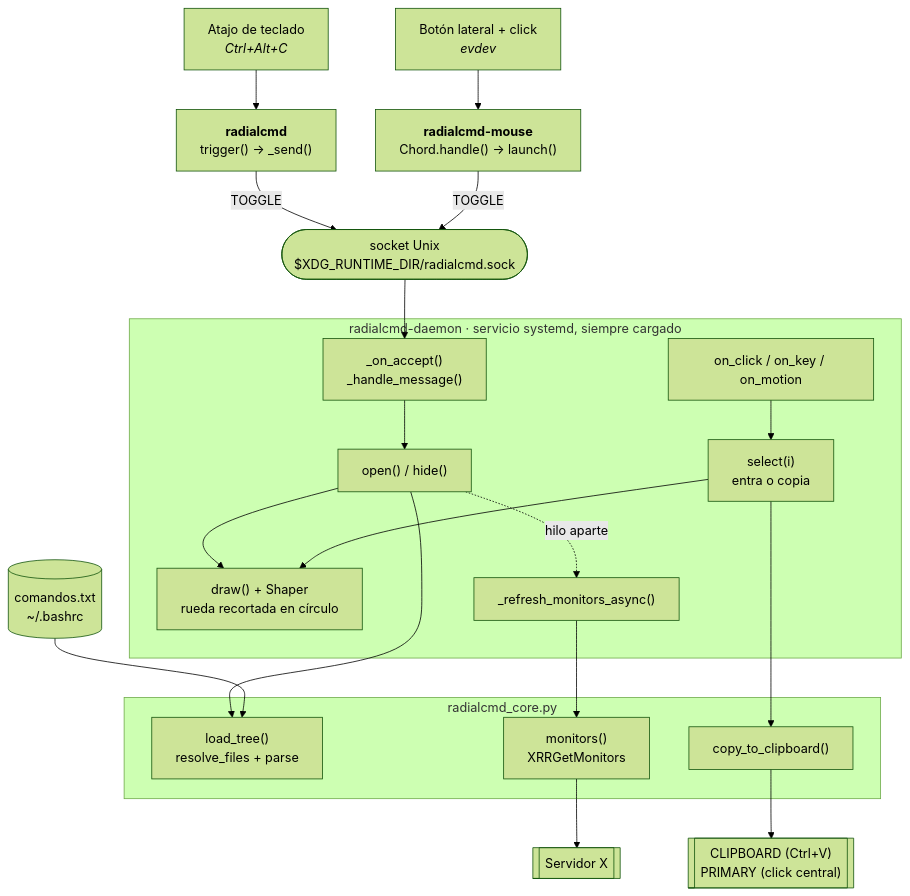
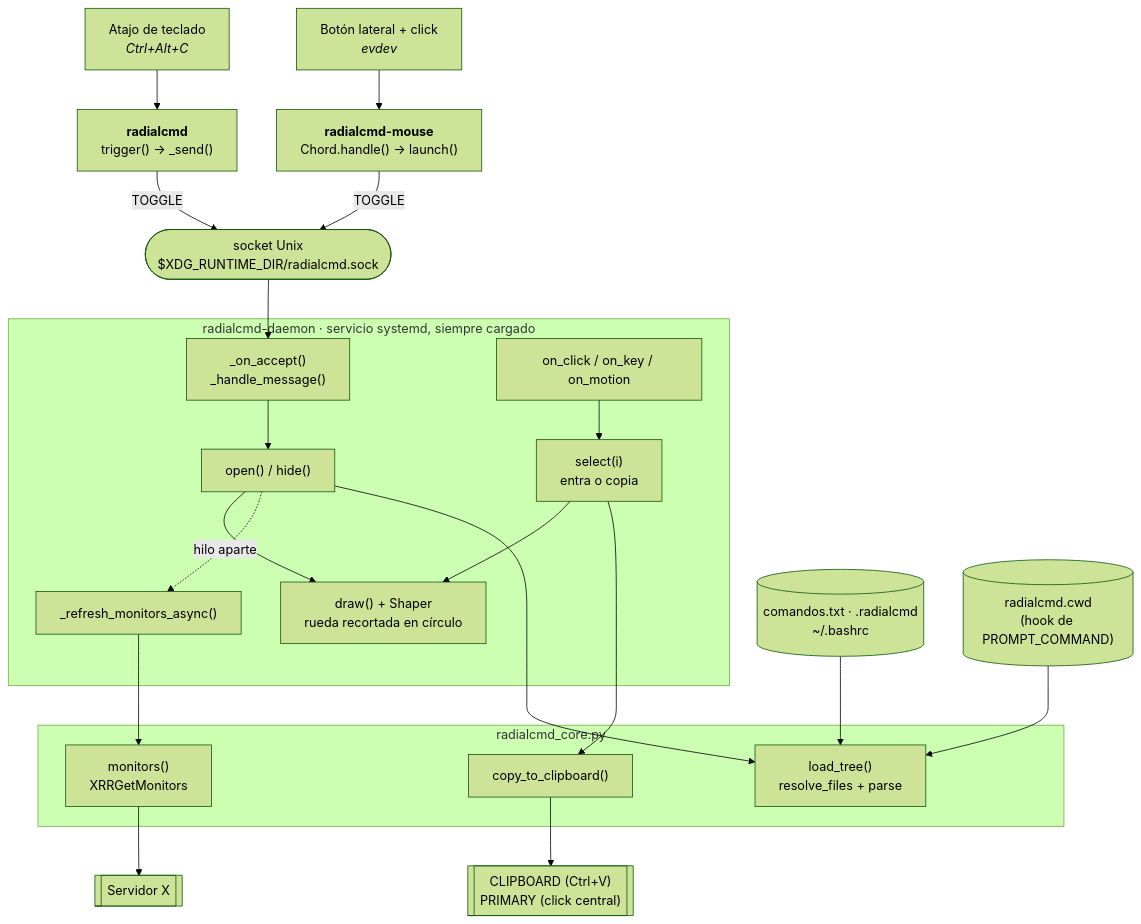
Before and after one commit to danicannt/radial-cmd: the diagram in README.md, drawn with Mermaid (forest theme). The commit also changed other lines of this file and 8 other files, not shown here.

````diff
--- a/README.md
+++ b/README.md
@@ -123,29 +172,30 @@
 ```mermaid
 flowchart TB
     kb["Atajo de teclado<br/><i>Ctrl+Alt+C</i>"] --> cli["<b>radialcmd</b><br/>trigger() → _send()"]
     mouse["Botón lateral + click<br/><i>evdev</i>"] --> rm["<b>radialcmd-mouse</b><br/>Chord.handle() → launch()"]
     cli -- TOGGLE --> sock(["socket Unix<br/>$XDG_RUNTIME_DIR/radialcmd.sock"])
     rm -- TOGGLE --> sock
 
     subgraph daemon["radialcmd-daemon · servicio systemd, siempre cargado"]
         accept["_on_accept()<br/>_handle_message()"] --> open["open() / hide()"]
         open --> draw["draw() + Shaper<br/>rueda recortada en círculo"]
         input["on_click / on_key / on_motion"] --> select["select(i)<br/>entra o copia"]
         select --> draw
         open -. hilo aparte .-> mon["_refresh_monitors_async()"]
     end
     sock --> accept
 
     subgraph core["radialcmd_core.py"]
         load["load_tree()<br/>resolve_files + parse"]
         copy["copy_to_clipboard()"]
         monitors["monitors()<br/>XRRGetMonitors"]
     end
     open --> load
     select --> copy
     mon --> monitors
 
-    files[("comandos.txt<br/>~/.bashrc")] --> load
+    files[("comandos.txt · .radialcmd<br/>~/.bashrc")] --> load
+    hook[("radialcmd.cwd<br/>(hook de PROMPT_COMMAND)")] --> load
     copy --> clip[["CLIPBOARD (Ctrl+V)<br/>PRIMARY (click central)"]]
     monitors --> x11[["Servidor X"]]
 ```
````
